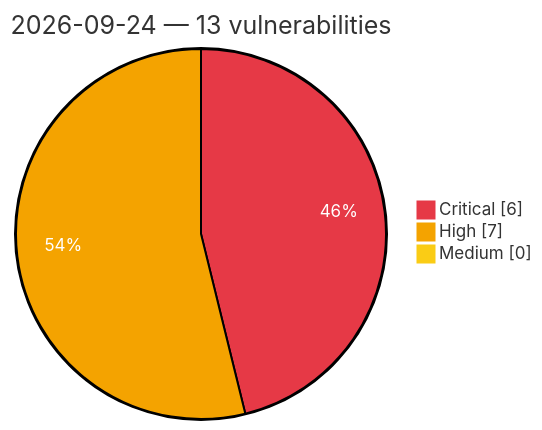
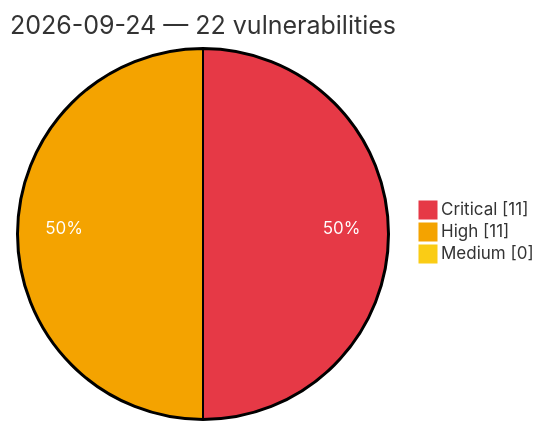
Before and after one commit to GhostX0X/vuln-tracker: the diagram in vulnerabilities/2026/September/2026-09-24.md, drawn with Mermaid. The commit also changed other lines of this file and 5 other files, not shown here.

Commit message:
Auto update: critical/high vulns (2026-09-24 15:22 UTC)

````diff
--- a/vulnerabilities/2026/September/2026-09-24.md
+++ b/vulnerabilities/2026/September/2026-09-24.md
@@ -3,8 +3,8 @@
 ```mermaid
 %%{init: {'theme':'base', 'themeVariables': {'pie1':'#e63946', 'pie2':'#f4a300', 'pie3':'#facc15', 'pieOpacity':'1', 'pieOuterStrokeWidth':'2px', 'pieSectionTextColor':'#ffffff'}}}%%
 pie showData
-    title 2026-09-24 — 13 vulnerabilities
-    "Critical" : 6
-    "High" : 7
+    title 2026-09-24 — 22 vulnerabilities
+    "Critical" : 11
+    "High" : 11
     "Medium" : 0
 ```
````
